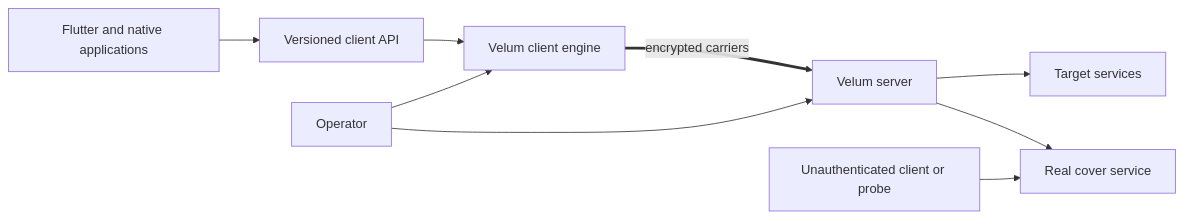
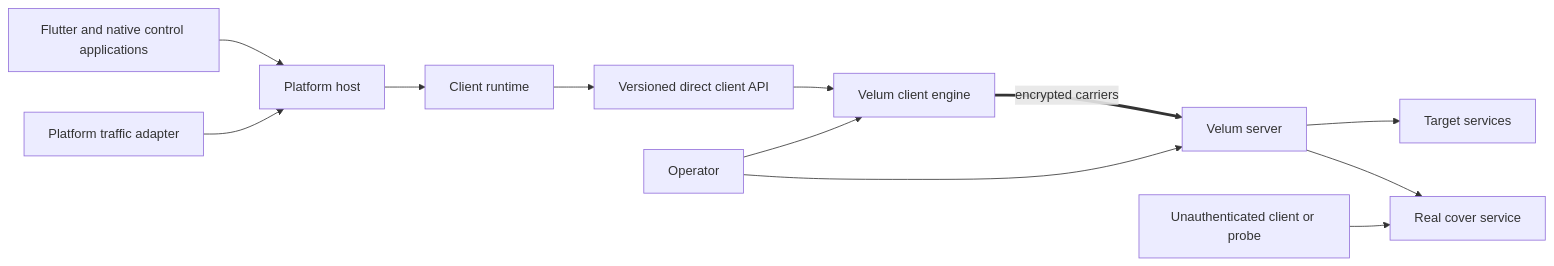
One commit to viloris-org/Velum changed the first of 4 diagrams in docs/architecture.md. Above: the diagram before and after it, drawn with Mermaid. The commit also changed other lines of this file and 89 other files, not shown here.

Commit message:
feat(client): add managed runtime and platform adapters

````diff
--- a/docs/architecture.md
+++ b/docs/architecture.md
@@ -8,11 +8,14 @@
 ```mermaid
 flowchart LR
-    App[Flutter and native applications] --> ClientApi[Versioned client API]
+    App[Flutter and native control applications] --> Host[Platform host]
+    Adapter[Platform traffic adapter] --> Host
+    Host --> Runtime[Client runtime]
+    Runtime --> ClientApi[Versioned direct client API]
     ClientApi --> Client[Velum client engine]
     Client == encrypted carriers ==> Server[Velum server]
     Server --> Internet[Target services]
     Probe[Unauthenticated client or probe] --> Cover[Real cover service]
     Server --> Cover
     Operator[Operator] --> Client
     Operator --> Server
 ```
````
